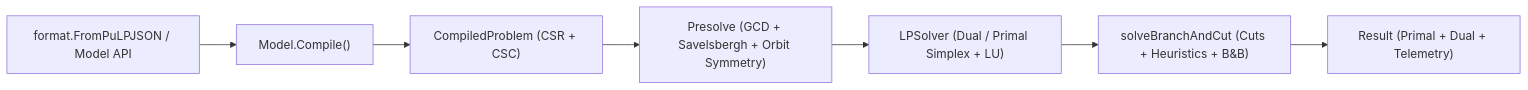
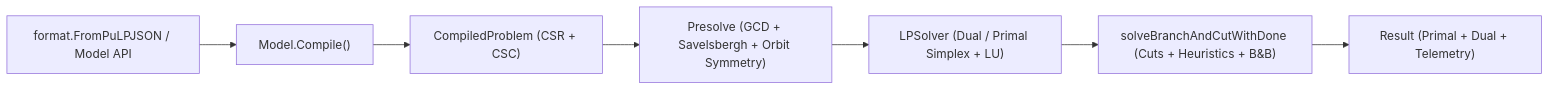
The diagram in docs/index.md (paulourio/goblin), drawn with Mermaid before and after one commit. The commit also changed other lines of this file and 13 other files, not shown here.

````diff
--- a/docs/index.md
+++ b/docs/index.md
@@ -9,9 +9,9 @@
 ```mermaid
 flowchart LR
     A["format.FromPuLPJSON / Model API"] --> B["Model.Compile()"]
     B --> C["CompiledProblem (CSR + CSC)"]
     C --> D["Presolve (GCD + Savelsbergh + Orbit Symmetry)"]
     D --> E["LPSolver (Dual / Primal Simplex + LU)"]
-    E --> F["solveBranchAndCut (Cuts + Heuristics + B&B)"]
+    E --> F["solveBranchAndCutWithDone (Cuts + Heuristics + B&B)"]
     F --> G["Result (Primal + Dual + Telemetry)"]
 ```
````
